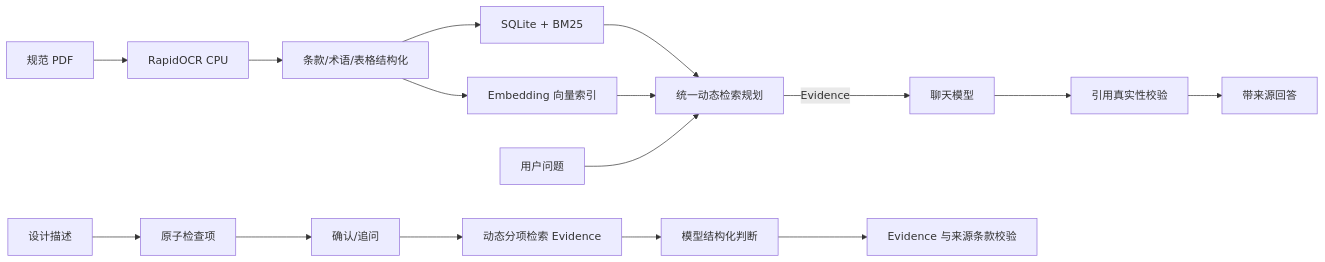
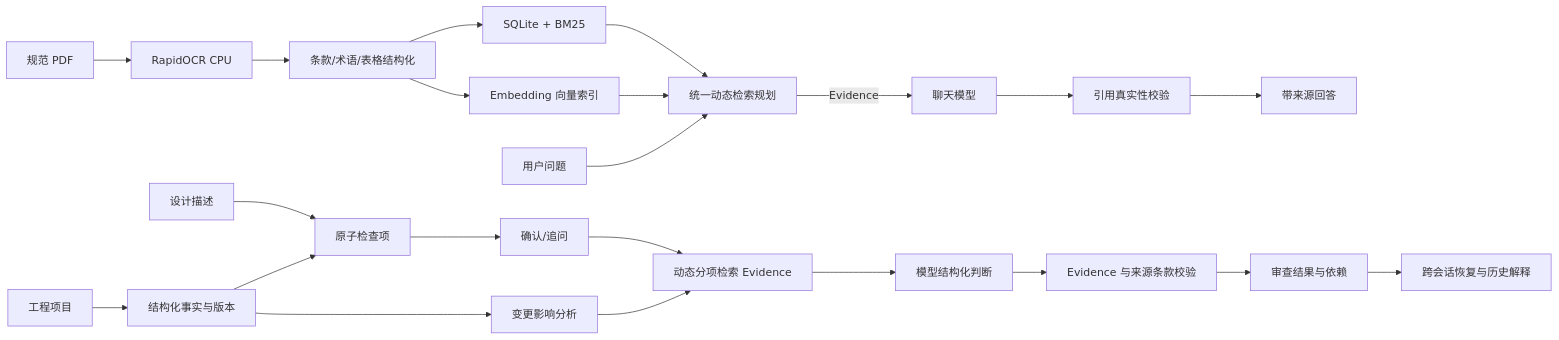
Before and after one commit to jiumiu3/Rag-Q-A: the diagram in README.md, drawn with Mermaid. The commit also changed other lines of this file and 25 other files, not shown here.

````diff
--- a/README.md
+++ b/README.md
@@ -66,18 +71,24 @@
 ```mermaid
 flowchart LR
     PDF[规范 PDF] --> OCR[RapidOCR CPU]
     OCR --> STRUCT[条款/术语/表格结构化]
     STRUCT --> STORE[SQLite + BM25]
     STRUCT --> VECTOR[Embedding 向量索引]
     STORE --> ROUTER[统一动态检索规划]
     VECTOR --> ROUTER
     USER[用户问题] --> ROUTER
     ROUTER -->|Evidence| AGENT[聊天模型]
     AGENT --> VERIFY[引用真实性校验]
     VERIFY --> ANSWER[带来源回答]
     DESIGN[设计描述] --> ITEMS[原子检查项]
     ITEMS --> CONFIRM[确认/追问]
     CONFIRM --> SEARCH[动态分项检索 Evidence]
     SEARCH --> JUDGE[模型结构化判断]
     JUDGE --> VALIDATE[Evidence 与来源条款校验]
+    PROJECT[工程项目] --> MEMORY[结构化事实与版本]
+    MEMORY --> ITEMS
+    VALIDATE --> REVIEWMEM[审查结果与依赖]
+    MEMORY --> IMPACT[变更影响分析]
+    IMPACT --> SEARCH
+    REVIEWMEM --> EXPLAIN[跨会话恢复与历史解释]
 ```
````
